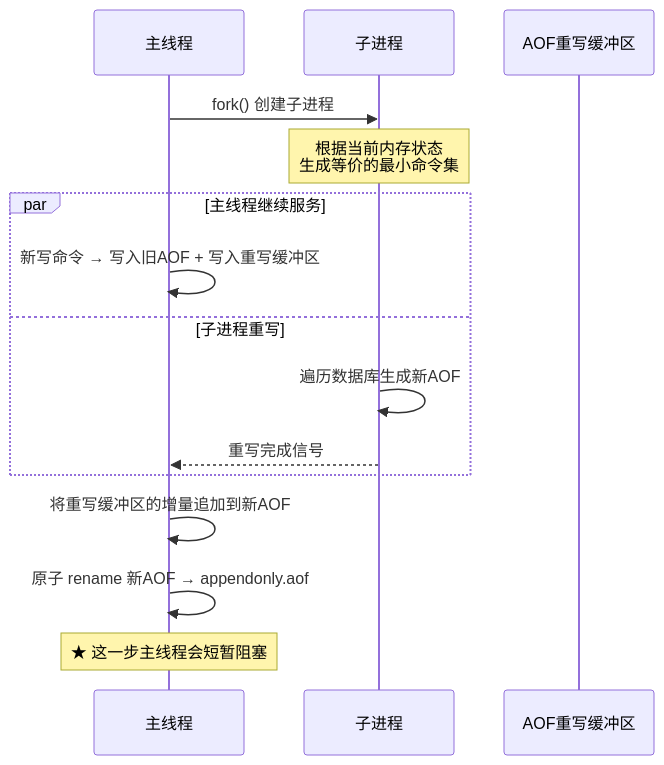
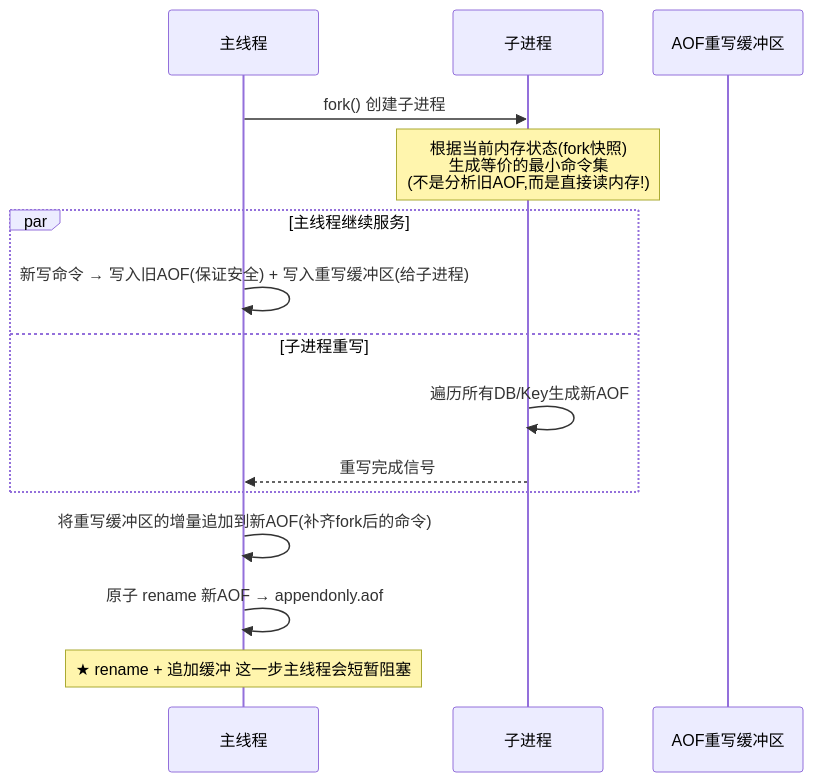
One commit to qigao0787-ops/gq-test changed the ninth of 31 diagrams in document/strengthen/分布式技术面试总结_增强版.md. Above: the diagram before and after it, drawn with Mermaid. The commit also changed other lines of this file, not shown here.

````diff
--- a/document/strengthen/分布式技术面试总结_增强版.md
+++ b/document/strengthen/分布式技术面试总结_增强版.md
@@ -627,20 +802,20 @@
 ```mermaid
 sequenceDiagram
     participant M as 主线程
     participant CH as 子进程
     participant B as AOF重写缓冲区
 
     M->>CH: fork() 创建子进程
-    Note over CH: 根据当前内存状态<br/>生成等价的最小命令集
+    Note over CH: 根据当前内存状态(fork快照)<br/>生成等价的最小命令集<br/>(不是分析旧AOF,而是直接读内存!)
     
     par 主线程继续服务
-        M->>M: 新写命令 → 写入旧AOF + 写入重写缓冲区
+        M->>M: 新写命令 → 写入旧AOF(保证安全) + 写入重写缓冲区(给子进程)
     and 子进程重写
-        CH->>CH: 遍历数据库生成新AOF
+        CH->>CH: 遍历所有DB/Key生成新AOF
         CH-->>M: 重写完成信号
     end
     
-    M->>M: 将重写缓冲区的增量追加到新AOF
+    M->>M: 将重写缓冲区的增量追加到新AOF(补齐fork后的命令)
     M->>M: 原子 rename 新AOF → appendonly.aof
-    Note over M: ★ 这一步主线程会短暂阻塞
+    Note over M: ★ rename + 追加缓冲 这一步主线程会短暂阻塞
 ```
````
